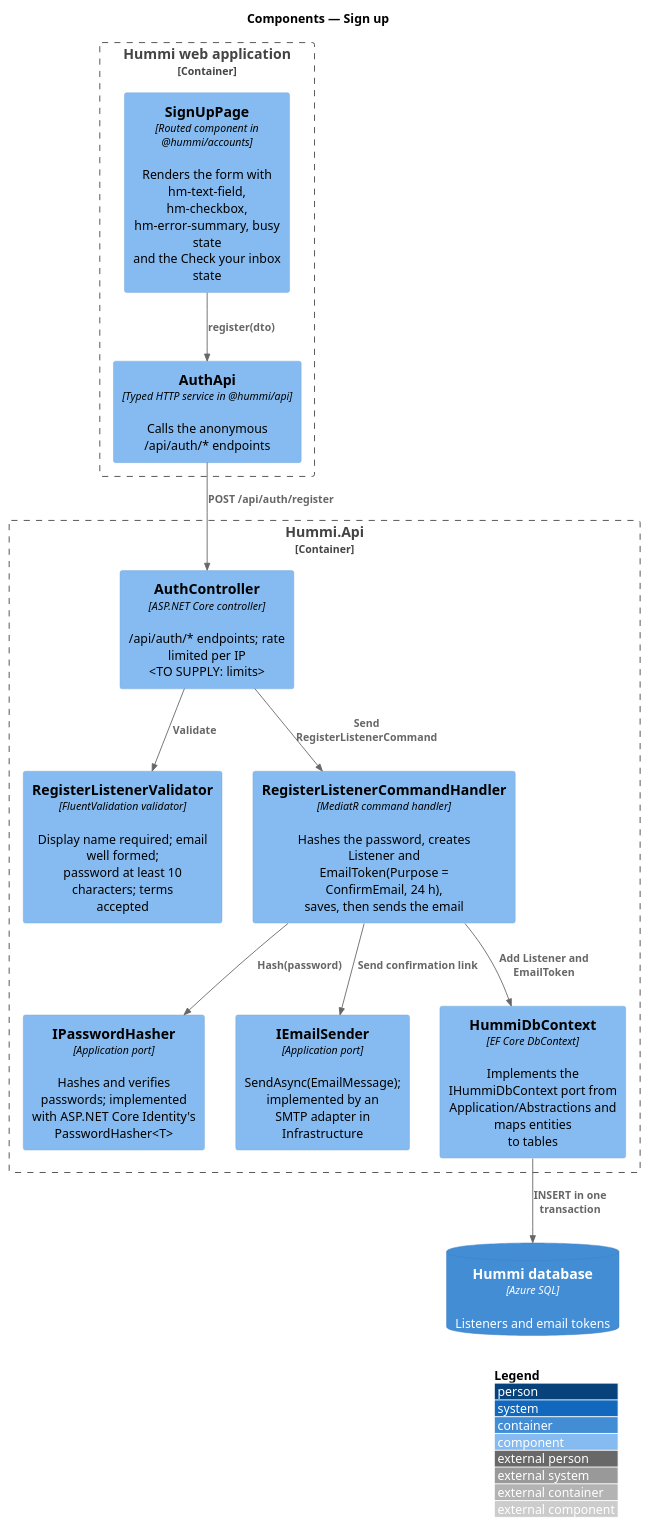
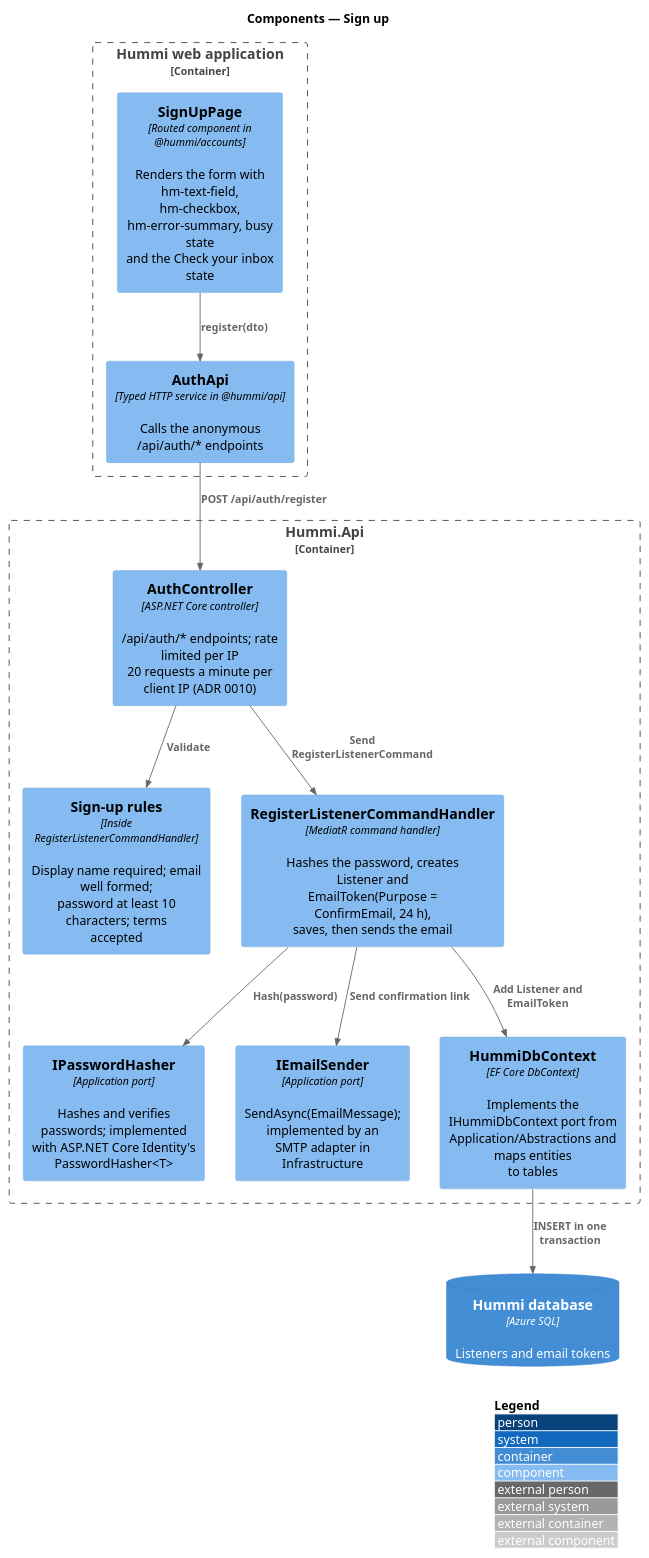
Before and after one commit to QuinntyneBrown/hummi: the diagram in docs/detailed-designs/accounts/sign-up/diagrams/c4-component.puml, drawn with PlantUML. The commit also changed 206 other files, not shown here.

First line of the commit message:
Create an account and sign in: sign up, verify email, sign in, sign out and the sign-in prompt

```diff
--- a/docs/detailed-designs/accounts/sign-up/diagrams/c4-component.puml
+++ b/docs/detailed-designs/accounts/sign-up/diagrams/c4-component.puml
@@ -1,27 +1,27 @@
 @startuml
 !include <C4/C4_Component>
 LAYOUT_WITH_LEGEND()
 title Components — Sign up
 
 Container_Boundary(spa, "Hummi web application") {
   Component(page, "SignUpPage", "Routed component in @hummi/accounts", "Renders the form with hm-text-field,\nhm-checkbox, hm-error-summary, busy state\nand the Check your inbox state")
   Component(client, "AuthApi", "Typed HTTP service in @hummi/api", "Calls the anonymous /api/auth/* endpoints")
 }
 Container_Boundary(api, "Hummi.Api") {
-  Component(ctl, "AuthController", "ASP.NET Core controller", "/api/auth/* endpoints; rate limited per IP\n<TO SUPPLY: limits>")
-  Component(val, "RegisterListenerValidator", "FluentValidation validator", "Display name required; email well formed;\npassword at least 10 characters; terms\naccepted")
+  Component(ctl, "AuthController", "ASP.NET Core controller", "/api/auth/* endpoints; rate limited per IP\n20 requests a minute per client IP (ADR 0010)")
+  Component(val, "Sign-up rules", "Inside RegisterListenerCommandHandler", "Display name required; email well formed;\npassword at least 10 characters; terms\naccepted")
   Component(cmd, "RegisterListenerCommandHandler", "MediatR command handler", "Hashes the password, creates Listener and\nEmailToken(Purpose = ConfirmEmail, 24 h),\nsaves, then sends the email")
   Component(hash, "IPasswordHasher", "Application port", "Hashes and verifies passwords; implemented\nwith ASP.NET Core Identity's\nPasswordHasher<T>")
   Component(mail, "IEmailSender", "Application port", "SendAsync(EmailMessage); implemented by an\nSMTP adapter in Infrastructure")
   Component(ctx, "HummiDbContext", "EF Core DbContext", "Implements the IHummiDbContext port from\nApplication/Abstractions and maps entities\nto tables")
 }
 ContainerDb(db, "Hummi database", "Azure SQL", "Listeners and email tokens")
 Rel(page, client, "register(dto)")
 Rel(client, ctl, "POST /api/auth/register")
 Rel(ctl, val, "Validate")
 Rel(ctl, cmd, "Send RegisterListenerCommand")
 Rel(cmd, hash, "Hash(password)")
 Rel(cmd, ctx, "Add Listener and EmailToken")
 Rel(ctx, db, "INSERT in one transaction")
 Rel(cmd, mail, "Send confirmation link")
 @enduml
```
